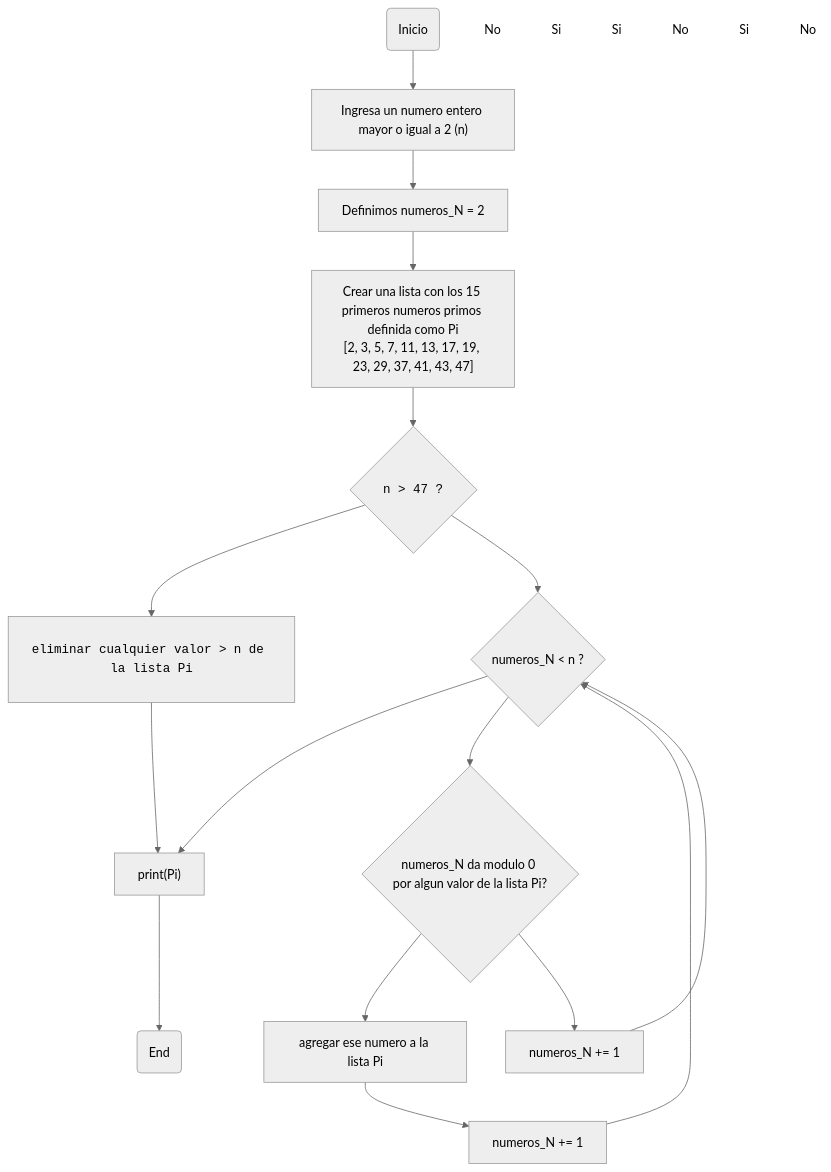
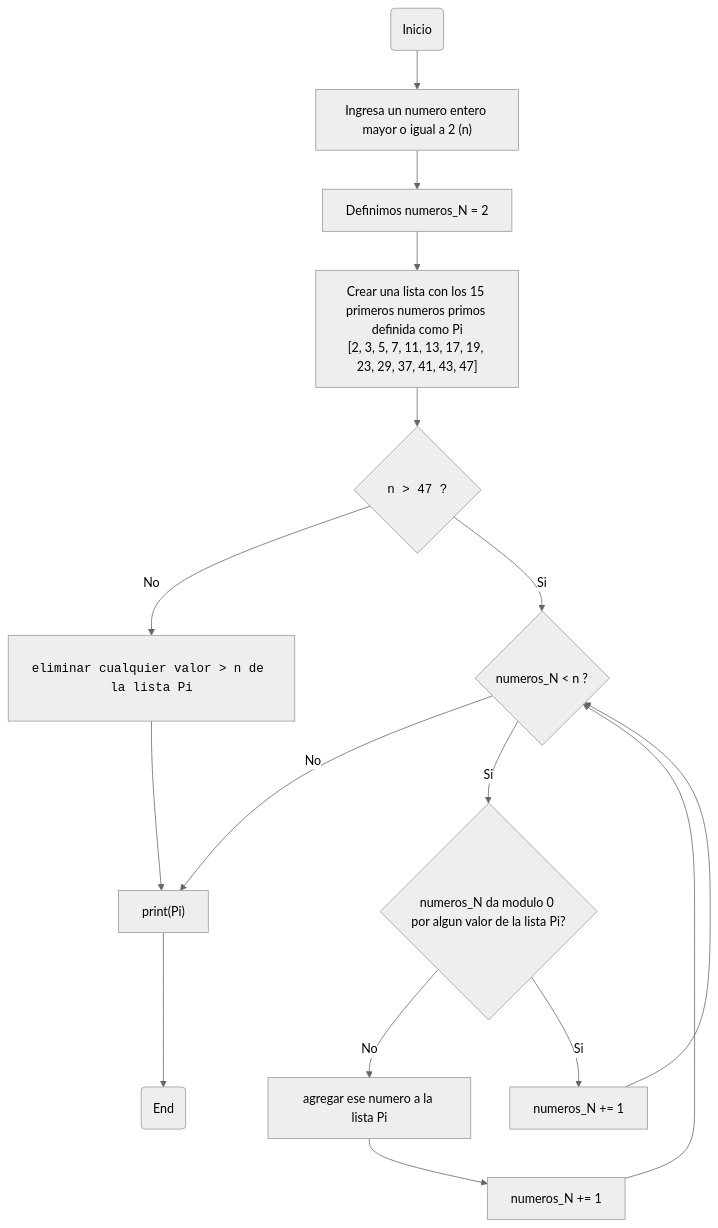
Before and after one commit to Felip-UN/N-IPrimos: the diagram in README.md, drawn with Mermaid (neutral theme).

Commit message:
Arreglos en las flechas de salida

````diff
--- a/README.md
+++ b/README.md
@@ -32,40 +32,31 @@
 ```mermaid
 ---
 config:
   layout: fixed
 ---
 flowchart TD
     n2["Inicio"] --> n4["Ingresa un numero entero mayor o igual a 2 (n)"]
     n5["Crear una lista con los 15 primeros numeros primos definida como Pi<br>[2, 3, 5, 7, 11, 13, 17, 19, 23, 29, 37, 41, 43, 47]"] --> n6@{ label: "<pre style=\"font-family:\"><span class=\"pl-s1\">n</span> <span class=\"pl-c1\" style=\"color:\">&gt;</span> <span class=\"pl-c1\" style=\"color:\">47 ?</span></pre>" }
-    n6 --> n8@{ label: "<pre style=\"font-family:\"><span class=\"pl-s1\">eliminar</span> <span class=\"pl-s1\">cualquier</span> <span class=\"pl-s1\">valor &gt; n</span> <span class=\"pl-s1\">de \n</span><span class=\"pl-s1\">la </span><span class=\"pl-s1\">lista </span><span class=\"pl-v\" style=\"color:\">Pi</span></pre>" } & n19["numeros_N &lt; n ?"]
+    n6 -- No --> n8@{ label: "<pre style=\"font-family:\"><span class=\"pl-s1\">eliminar</span> <span class=\"pl-s1\">cualquier</span> <span class=\"pl-s1\">valor &gt; n</span> <span class=\"pl-s1\">de \n</span><span class=\"pl-s1\">la </span><span class=\"pl-s1\">lista </span><span class=\"pl-v\" style=\"color:\">Pi</span></pre>" }
+    n6 -- Si --> n19["numeros_N &lt; n ?"]
     n8 --> n12["print(Pi)"]
     n4 --> n13["Definimos numeros_N = 2"]
     n13 --> n5
-    n11["numeros_N da modulo 0 por algun valor de la lista Pi?"] --> n14["agregar ese numero a la lista Pi"] & n15["numeros_N += 1"]
+    n11["numeros_N da modulo 0 por algun valor de la lista Pi?"] -- No --> n14["agregar ese numero a la lista Pi"]
+    n11 -- Si --> n15["numeros_N += 1"]
     n14 --> n18["numeros_N += 1"]
-    n19 --> n12 & n11
+    n19 -- No --> n12
+    n19 -- Si --> n11
     n18 --> n19
     n15 --> n19
     n12 --> n22["End"]
-    n20["No"]
-    n21["Si"]
-    n9["Si"]
-    n10["No"]
-    n16["Si"]
-    n17["No"]
     n2@{ shape: rounded}
     n6@{ shape: diam}
     n8@{ shape: rect}
     n19@{ shape: diam}
     n12@{ shape: rect}
     n13@{ shape: rect}
     n11@{ shape: diam}
     n22@{ shape: rounded}
-    n20@{ shape: text}
-    n21@{ shape: text}
-    n9@{ shape: text}
-    n10@{ shape: text}
-    n16@{ shape: text}
-    n17@{ shape: text}
     classDef Sky stroke-width:1px, stroke-dasharray:none, stroke:#374D7C, fill:#E2EBFF, color:#374D7C
 ```
````
